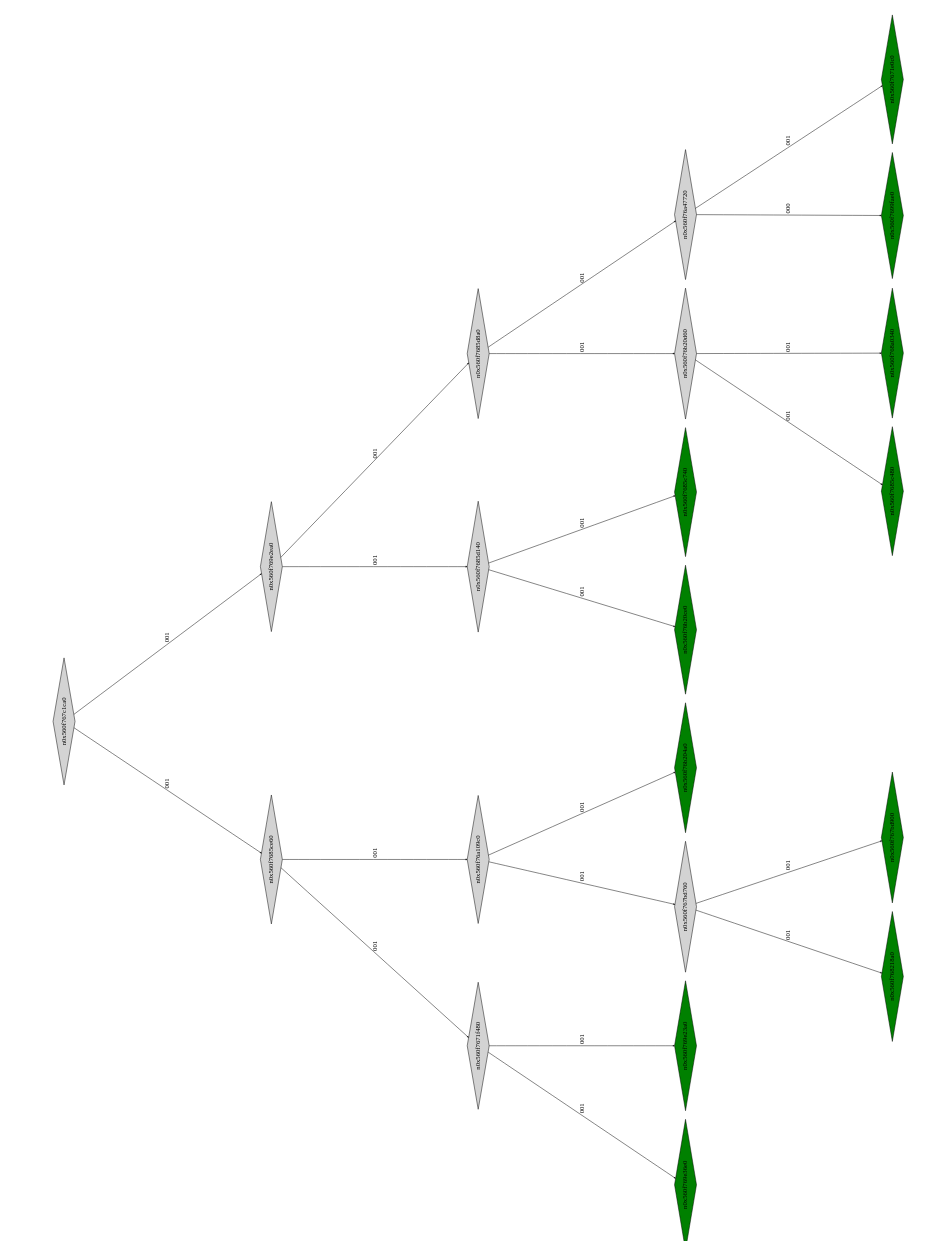
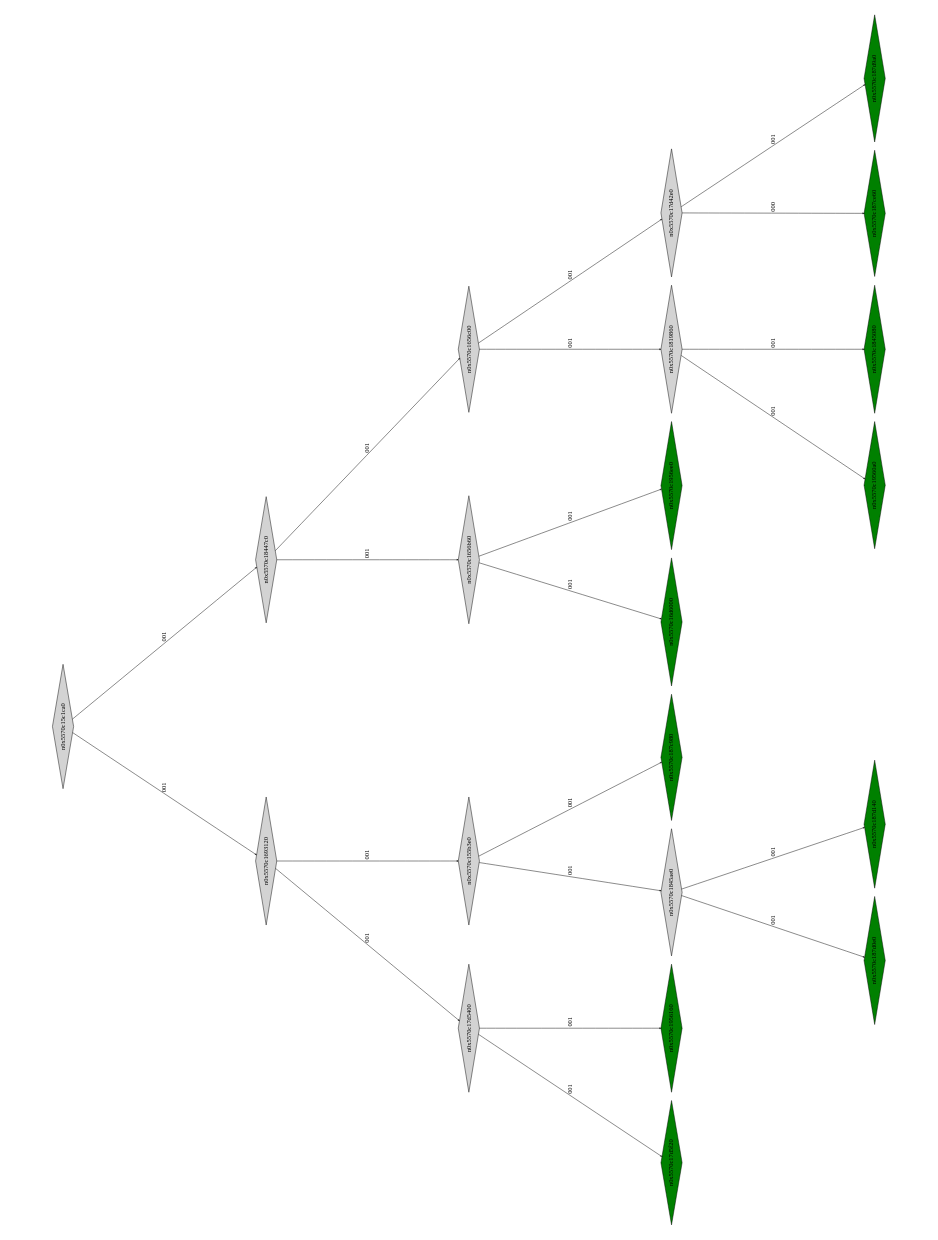
Before and after one commit to Research-Tools-PAVT/PSE-Program-Examples: the diagram in montyhall_klee_out/ptree_00001113.dot, drawn with Graphviz. The commit also changed 38 other files, not shown here.

```diff
--- a/montyhall_klee_out/ptree_00001113.dot
+++ b/montyhall_klee_out/ptree_00001113.dot
@@ -1,49 +1,49 @@
 digraph G {
 	size="10,7.5";
 	ratio=fill;
 	rotate=90;
 	center = "true";
 	node [style="filled",width=.1,height=.1,fontname="Terminus"]
 	edge [arrowsize=.3]
-	n0x560f767c1ca0 [shape=diamond];
-	n0x560f767c1ca0 -> n0x560f7685ce60 [label=001];
-	n0x560f767c1ca0 -> n0x560f769e2ea0 [label=001];
-	n0x560f769e2ea0 [shape=diamond];
-	n0x560f769e2ea0 -> n0x560f7685d140 [label=001];
-	n0x560f769e2ea0 -> n0x560f7685d8a0 [label=001];
-	n0x560f7685d8a0 [shape=diamond];
-	n0x560f7685d8a0 -> n0x560f76b20d60 [label=001];
-	n0x560f7685d8a0 -> n0x560f76a47720 [label=001];
-	n0x560f76a47720 [shape=diamond];
-	n0x560f76a47720 -> n0x560f7699fae0 [label=000];
-	n0x560f76a47720 -> n0x560f7671e0c0 [label=001];
-	n0x560f7671e0c0 [shape=diamond,fillcolor=green];
-	n0x560f7699fae0 [shape=diamond,fillcolor=green];
-	n0x560f76b20d60 [shape=diamond];
-	n0x560f76b20d60 -> n0x560f7685c480 [label=001];
-	n0x560f76b20d60 -> n0x560f768a0340 [label=001];
-	n0x560f768a0340 [shape=diamond,fillcolor=green];
-	n0x560f7685c480 [shape=diamond,fillcolor=green];
-	n0x560f7685d140 [shape=diamond];
-	n0x560f7685d140 -> n0x560f76b20ce0 [label=001];
-	n0x560f7685d140 -> n0x560f7685c740 [label=001];
-	n0x560f7685c740 [shape=diamond,fillcolor=green];
-	n0x560f76b20ce0 [shape=diamond,fillcolor=green];
-	n0x560f7685ce60 [shape=diamond];
-	n0x560f7685ce60 -> n0x560f7671f480 [label=001];
-	n0x560f7685ce60 -> n0x560f76a109c0 [label=001];
-	n0x560f76a109c0 [shape=diamond];
-	n0x560f76a109c0 -> n0x560f767bd760 [label=001];
-	n0x560f76a109c0 -> n0x560f76b204a0 [label=001];
-	n0x560f76b204a0 [shape=diamond,fillcolor=green];
-	n0x560f767bd760 [shape=diamond];
-	n0x560f767bd760 -> n0x560f768218a0 [label=001];
-	n0x560f767bd760 -> n0x560f767bd900 [label=001];
-	n0x560f767bd900 [shape=diamond,fillcolor=green];
-	n0x560f768218a0 [shape=diamond,fillcolor=green];
-	n0x560f7671f480 [shape=diamond];
-	n0x560f7671f480 -> n0x560f769e36e0 [label=001];
-	n0x560f7671f480 -> n0x560f769e23a0 [label=001];
-	n0x560f769e23a0 [shape=diamond,fillcolor=green];
-	n0x560f769e36e0 [shape=diamond,fillcolor=green];
+	n0x5570c15c1ca0 [shape=diamond];
+	n0x5570c15c1ca0 -> n0x5570c1693120 [label=001];
+	n0x5570c15c1ca0 -> n0x5570c18447c0 [label=001];
+	n0x5570c18447c0 [shape=diamond];
+	n0x5570c18447c0 -> n0x5570c1656b60 [label=001];
+	n0x5570c18447c0 -> n0x5570c1656c00 [label=001];
+	n0x5570c1656c00 [shape=diamond];
+	n0x5570c1656c00 -> n0x5570c1819860 [label=001];
+	n0x5570c1656c00 -> n0x5570c17d42e0 [label=001];
+	n0x5570c17d42e0 [shape=diamond];
+	n0x5570c17d42e0 -> n0x5570c187ce60 [label=000];
+	n0x5570c17d42e0 -> n0x5570c187d9a0 [label=001];
+	n0x5570c187d9a0 [shape=diamond,fillcolor=green];
+	n0x5570c187ce60 [shape=diamond,fillcolor=green];
+	n0x5570c1819860 [shape=diamond];
+	n0x5570c1819860 -> n0x5570c19560a0 [label=001];
+	n0x5570c1819860 -> n0x5570c1845080 [label=001];
+	n0x5570c1845080 [shape=diamond,fillcolor=green];
+	n0x5570c19560a0 [shape=diamond,fillcolor=green];
+	n0x5570c1656b60 [shape=diamond];
+	n0x5570c1656b60 -> n0x5570c16d6000 [label=001];
+	n0x5570c1656b60 -> n0x5570c1956ee0 [label=001];
+	n0x5570c1956ee0 [shape=diamond,fillcolor=green];
+	n0x5570c16d6000 [shape=diamond,fillcolor=green];
+	n0x5570c1693120 [shape=diamond];
+	n0x5570c1693120 -> n0x5570c17d5400 [label=001];
+	n0x5570c1693120 -> n0x5570c155b3e0 [label=001];
+	n0x5570c155b3e0 [shape=diamond];
+	n0x5570c155b3e0 -> n0x5570c1845ae0 [label=001];
+	n0x5570c155b3e0 -> n0x5570c187c980 [label=001];
+	n0x5570c187c980 [shape=diamond,fillcolor=green];
+	n0x5570c1845ae0 [shape=diamond];
+	n0x5570c1845ae0 -> n0x5570c187d0e0 [label=001];
+	n0x5570c1845ae0 -> n0x5570c187d140 [label=001];
+	n0x5570c187d140 [shape=diamond,fillcolor=green];
+	n0x5570c187d0e0 [shape=diamond,fillcolor=green];
+	n0x5570c17d5400 [shape=diamond];
+	n0x5570c17d5400 -> n0x5570c17d5f20 [label=001];
+	n0x5570c17d5400 -> n0x5570c1956160 [label=001];
+	n0x5570c1956160 [shape=diamond,fillcolor=green];
+	n0x5570c17d5f20 [shape=diamond,fillcolor=green];
 }
```
